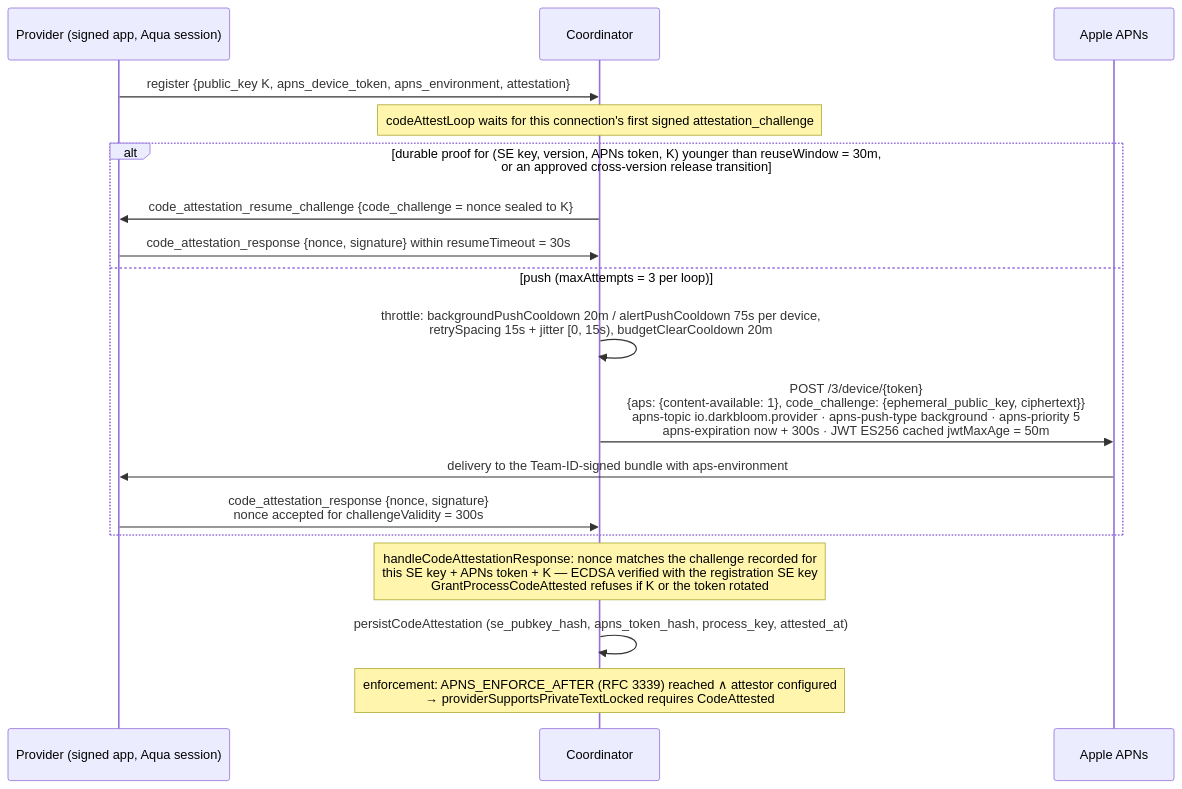
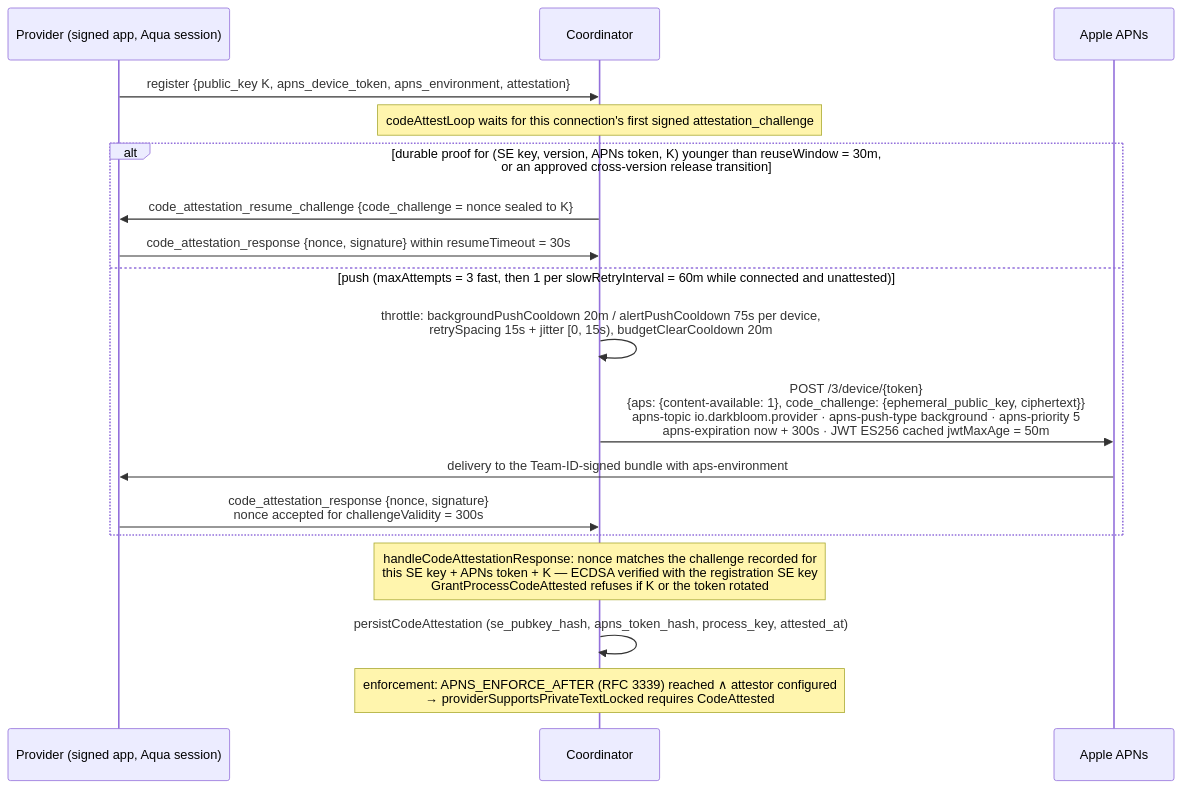
The diagram in docs/assets/diagrams/apns-code-identity.mmd (Layr-Labs/d-inference), drawn with Mermaid before and after one commit. The commit also changed 82 other files, not shown here.

```diff
--- a/docs/assets/diagrams/apns-code-identity.mmd
+++ b/docs/assets/diagrams/apns-code-identity.mmd
@@ -1,25 +1,25 @@
 %% APNs code-identity attestation as built at c5c404fca. Source of truth for
 %% apns-code-identity.svg and .png; re-render after editing:
 %%   mmdc -i apns-code-identity.mmd -o apns-code-identity.svg
 %%   mmdc -i apns-code-identity.mmd -o apns-code-identity.png -s 2
 %% Symbols: coordinator/api/provider_codeattest.go, coordinator/api/code_attest_throttle.go,
 %% coordinator/apns/attestor.go, coordinator/registry/registry.go.
 sequenceDiagram
     participant P as Provider (signed app, Aqua session)
     participant K as Coordinator
     participant A as Apple APNs
 
     P->>K: register {public_key K, apns_device_token, apns_environment, attestation}
     Note over K: codeAttestLoop waits for this connection's first signed attestation_challenge
     alt durable proof for (SE key, version, APNs token, K) younger than reuseWindow = 30m,<br/>or an approved cross-version release transition
         K->>P: code_attestation_resume_challenge {code_challenge = nonce sealed to K}
         P->>K: code_attestation_response {nonce, signature} within resumeTimeout = 30s
-    else push (maxAttempts = 3 per loop)
+    else push (maxAttempts = 3 fast, then 1 per slowRetryInterval = 60m while connected and unattested)
         K->>K: throttle: backgroundPushCooldown 20m / alertPushCooldown 75s per device,<br/>retrySpacing 15s + jitter [0, 15s), budgetClearCooldown 20m
         K->>A: POST /3/device/{token}<br/>{aps: {content-available: 1}, code_challenge: {ephemeral_public_key, ciphertext}}<br/>apns-topic io.darkbloom.provider · apns-push-type background · apns-priority 5<br/>apns-expiration now + 300s · JWT ES256 cached jwtMaxAge = 50m
         A->>P: delivery to the Team-ID-signed bundle with aps-environment
         P->>K: code_attestation_response {nonce, signature}<br/>nonce accepted for challengeValidity = 300s
     end
     Note over K: handleCodeAttestationResponse: nonce matches the challenge recorded for<br/>this SE key + APNs token + K — ECDSA verified with the registration SE key<br/>GrantProcessCodeAttested refuses if K or the token rotated
     K->>K: persistCodeAttestation (se_pubkey_hash, apns_token_hash, process_key, attested_at)
     Note over K: enforcement: APNS_ENFORCE_AFTER (RFC 3339) reached ∧ attestor configured<br/>→ providerSupportsPrivateTextLocked requires CodeAttested
```
